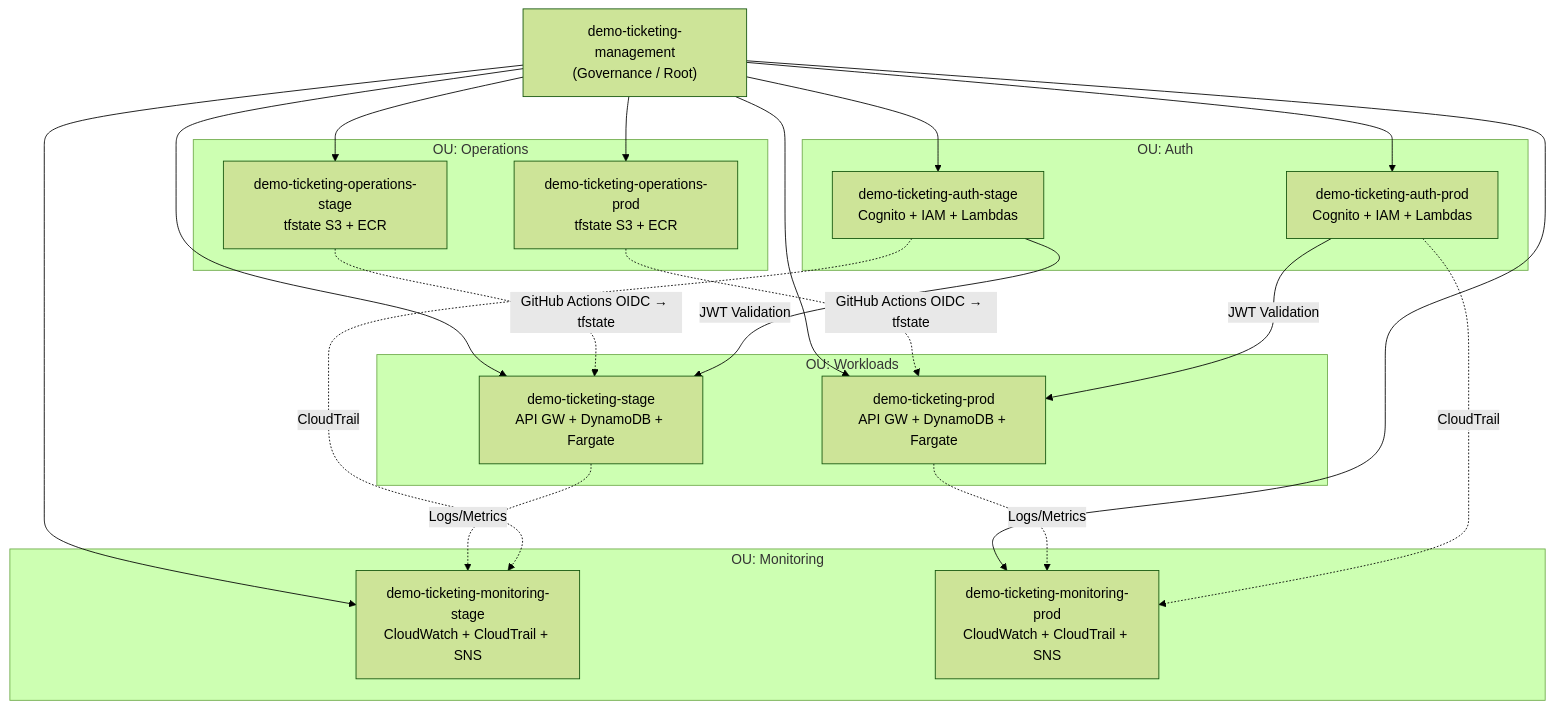
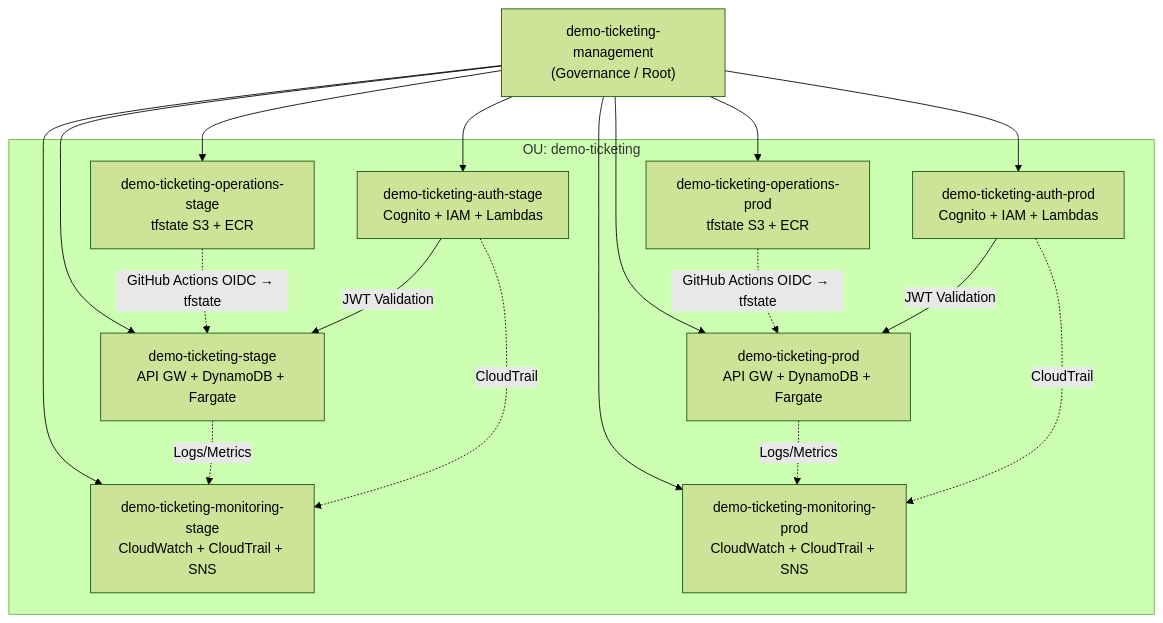
Before and after one commit to moreirajonatan1983/demo-ticketing-docs: the fifth of 5 diagrams in assets/diagrams/ARCHITECTURE_DIAGRAMS.md, drawn with Mermaid (forest theme). The commit also changed other lines of this file and 3733 other files, not shown here.

Commit message:
docs: collapse AWS Accounts into a single OU demo-ticketing

````diff
--- a/assets/diagrams/ARCHITECTURE_DIAGRAMS.md
+++ b/assets/diagrams/ARCHITECTURE_DIAGRAMS.md
@@ -268,37 +269,31 @@
 ```mermaid
 graph TD
     ROOT["demo-ticketing-management\n(Governance / Root)"]
 
-    subgraph "OU: Operations"
+    subgraph "OU: demo-ticketing"
         OPS_S["demo-ticketing-operations-stage\ntfstate S3 + ECR"]
         OPS_P["demo-ticketing-operations-prod\ntfstate S3 + ECR"]
-    end
 
-    subgraph "OU: Auth"
         AUTH_S["demo-ticketing-auth-stage\nCognito + IAM + Lambdas"]
         AUTH_P["demo-ticketing-auth-prod\nCognito + IAM + Lambdas"]
-    end
 
-    subgraph "OU: Workloads"
         WL_S["demo-ticketing-stage\nAPI GW + DynamoDB + Fargate"]
         WL_P["demo-ticketing-prod\nAPI GW + DynamoDB + Fargate"]
-    end
 
-    subgraph "OU: Monitoring"
         MON_S["demo-ticketing-monitoring-stage\nCloudWatch + CloudTrail + SNS"]
         MON_P["demo-ticketing-monitoring-prod\nCloudWatch + CloudTrail + SNS"]
     end
 
     ROOT --> OPS_S & OPS_P & AUTH_S & AUTH_P & WL_S & WL_P & MON_S & MON_P
 
     OPS_S -. "GitHub Actions OIDC → tfstate" .-> WL_S
     OPS_P -. "GitHub Actions OIDC → tfstate" .-> WL_P
 
     AUTH_S -- "JWT Validation" --> WL_S
     AUTH_P -- "JWT Validation" --> WL_P
 
     WL_S -. "Logs/Metrics" .-> MON_S
     WL_P -. "Logs/Metrics" .-> MON_P
     AUTH_S -. "CloudTrail" .-> MON_S
     AUTH_P -. "CloudTrail" .-> MON_P
 ```
````
